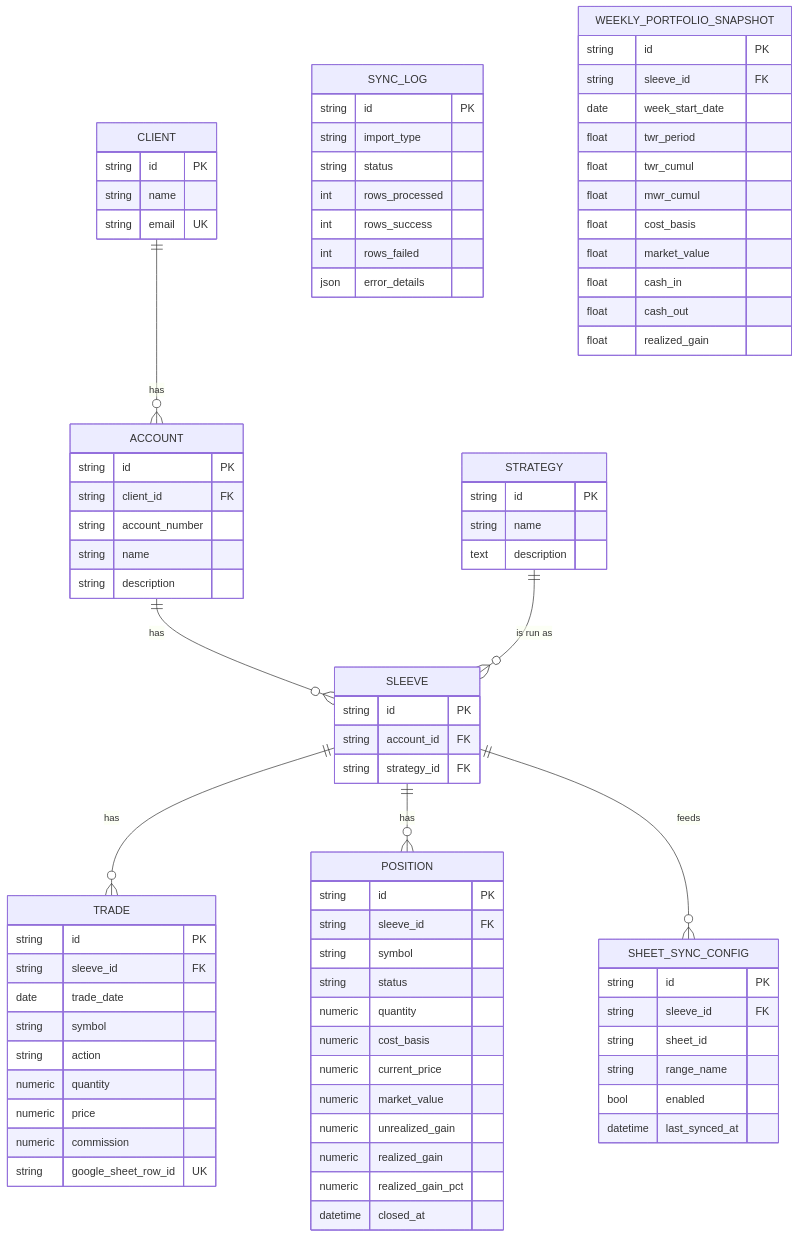
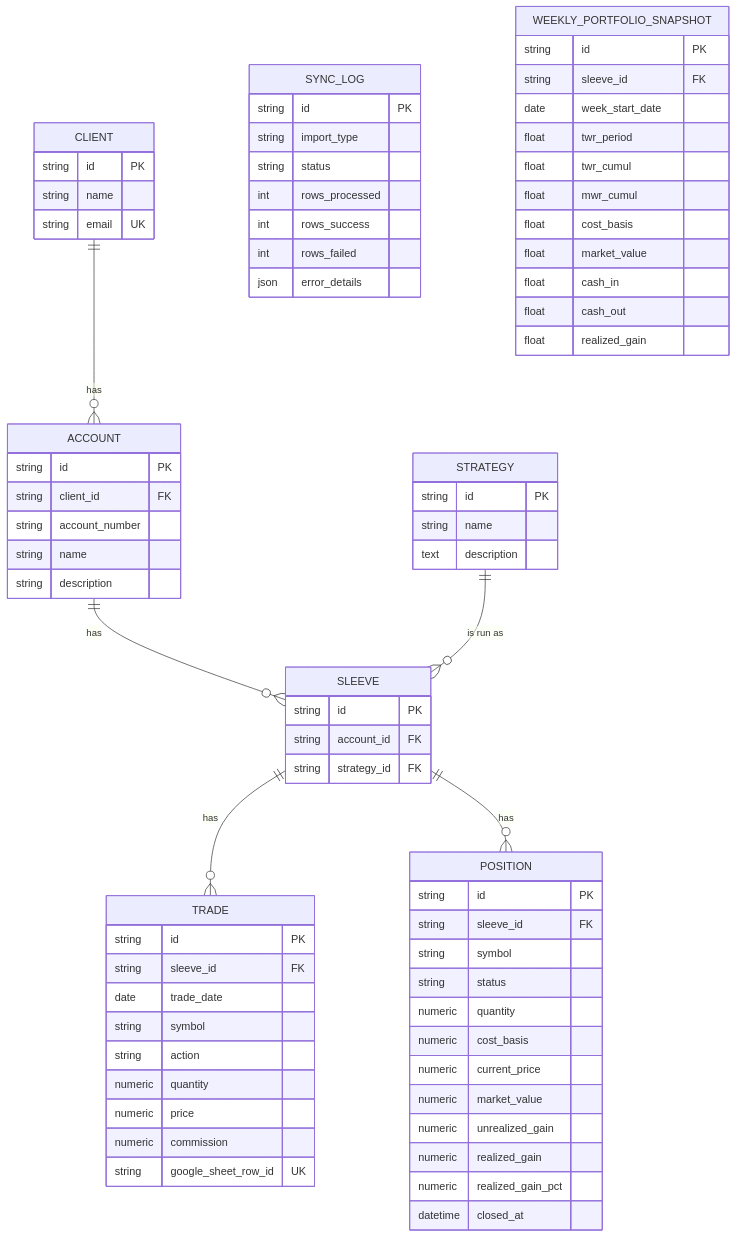
Before and after one commit to venkatasudheerc/achalara: the diagram in backend/DATA_MODEL.md, drawn with Mermaid. The commit also changed other lines of this file and 44 other files, not shown here.

```diff
--- a/backend/DATA_MODEL.md
+++ b/backend/DATA_MODEL.md
@@ -40,7 +39,6 @@
     STRATEGY ||--o{ SLEEVE : "is run as"
     SLEEVE ||--o{ TRADE : has
     SLEEVE ||--o{ POSITION : has
-    SLEEVE ||--o{ SHEET_SYNC_CONFIG : feeds
 
     CLIENT {
         string id PK
@@ -89,14 +87,6 @@
         numeric realized_gain_pct
         datetime closed_at
     }
-    SHEET_SYNC_CONFIG {
-        string id PK
-        string sleeve_id FK
-        string sheet_id
-        string range_name
-        bool enabled
-        datetime last_synced_at
-    }
     SYNC_LOG {
         string id PK
         string import_type
```
